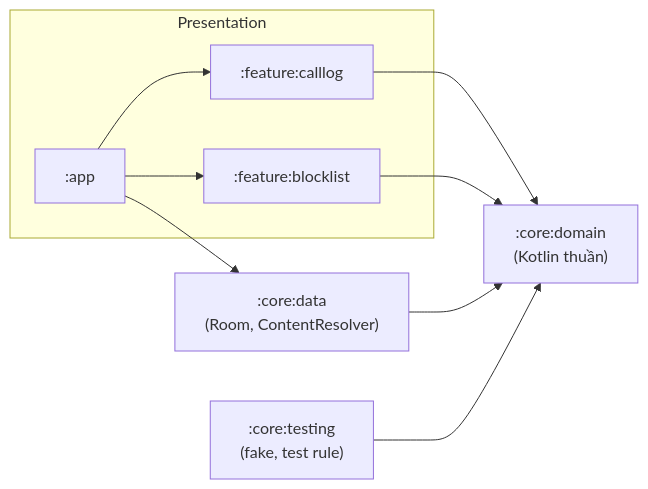
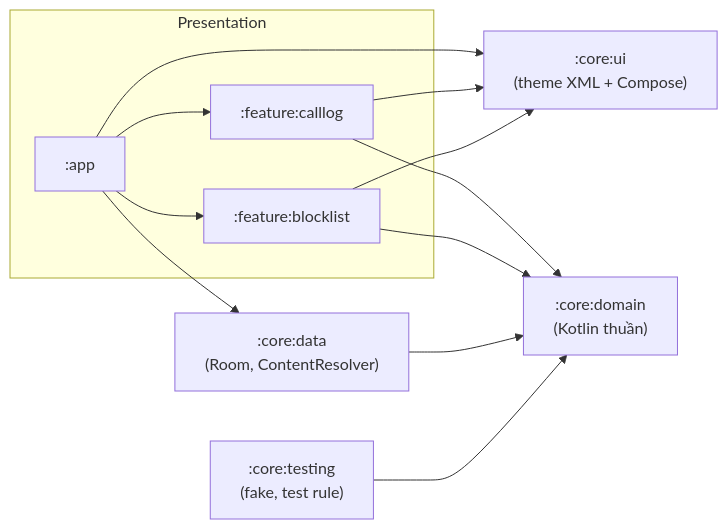
The diagram in docs/ARCHITECTURE.md (aum-thai-luong/spamguard-lite), drawn with Mermaid before and after one commit. The commit also changed other lines of this file and 2 other files, not shown here.

First line of the commit message:
<docs> cập nhật quy ước UI sang Compose và module core:ui

````diff
--- a/docs/ARCHITECTURE.md
+++ b/docs/ARCHITECTURE.md
@@ -13,19 +13,23 @@
 ```mermaid
 flowchart LR
     subgraph Presentation
         app[":app"]
         calllog[":feature:calllog"]
         blocklist[":feature:blocklist"]
     end
     domain[":core:domain<br/>(Kotlin thuần)"]
     data[":core:data<br/>(Room, ContentResolver)"]
     testing[":core:testing<br/>(fake, test rule)"]
+    ui[":core:ui<br/>(theme XML + Compose)"]
 
     app --> calllog
     app --> blocklist
     app --> data
     calllog --> domain
     blocklist --> domain
     data --> domain
     testing --> domain
+    app --> ui
+    calllog --> ui
+    blocklist --> ui
 ```
````
